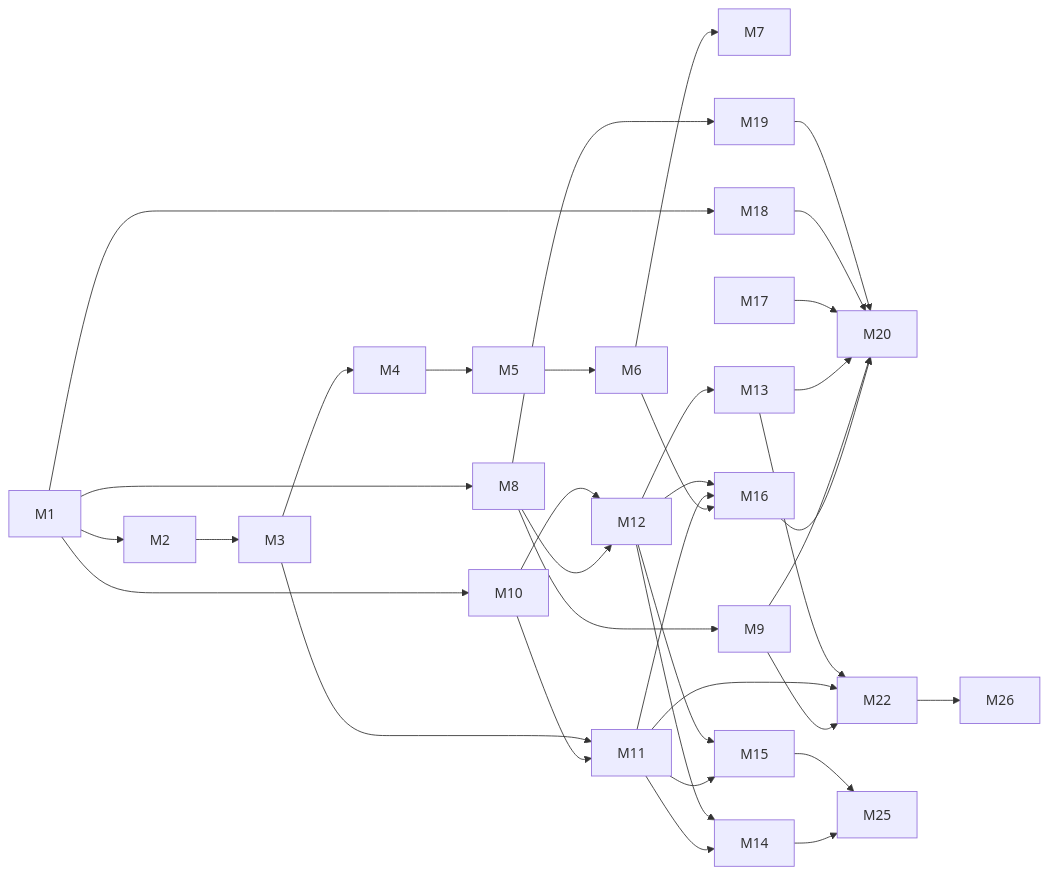
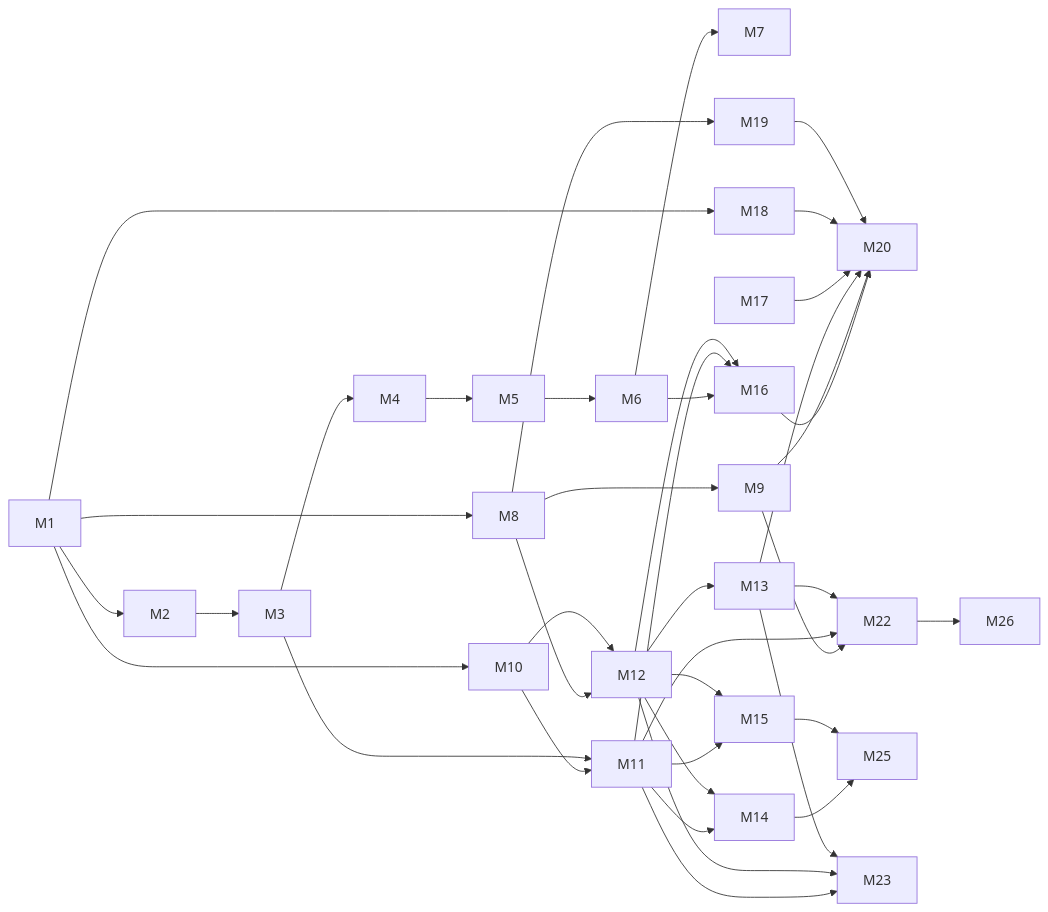
The second of 2 diagrams in docs/product-requirements.md (PavelArs/capital-tracker), drawn with Mermaid before and after one commit. The commit also changed other lines of this file and 86 other files, not shown here.

````diff
--- a/docs/product-requirements.md
+++ b/docs/product-requirements.md
@@ -849,31 +850,34 @@
 ```mermaid
 flowchart LR
   M1 --> M2 --> M3 --> M4 --> M5 --> M6 --> M7
   M1 --> M8 --> M9
   M1 --> M10 --> M11
   M3 --> M11
   M8 --> M12
   M10 --> M12 --> M13
   M11 --> M14
   M12 --> M14
   M11 --> M15
   M12 --> M15
   M6 --> M16
   M11 --> M16
   M12 --> M16
   M1 --> M18
   M8 --> M19
   M17
   M16 --> M20
   M9 --> M20
   M13 --> M20
   M17 --> M20
   M18 --> M20
   M19 --> M20
   M9 --> M22
   M11 --> M22
   M13 --> M22
   M22 --> M26
   M14 --> M25
   M15 --> M25
+  M11 --> M23
+  M12 --> M23
+  M13 --> M23
 ```
````
